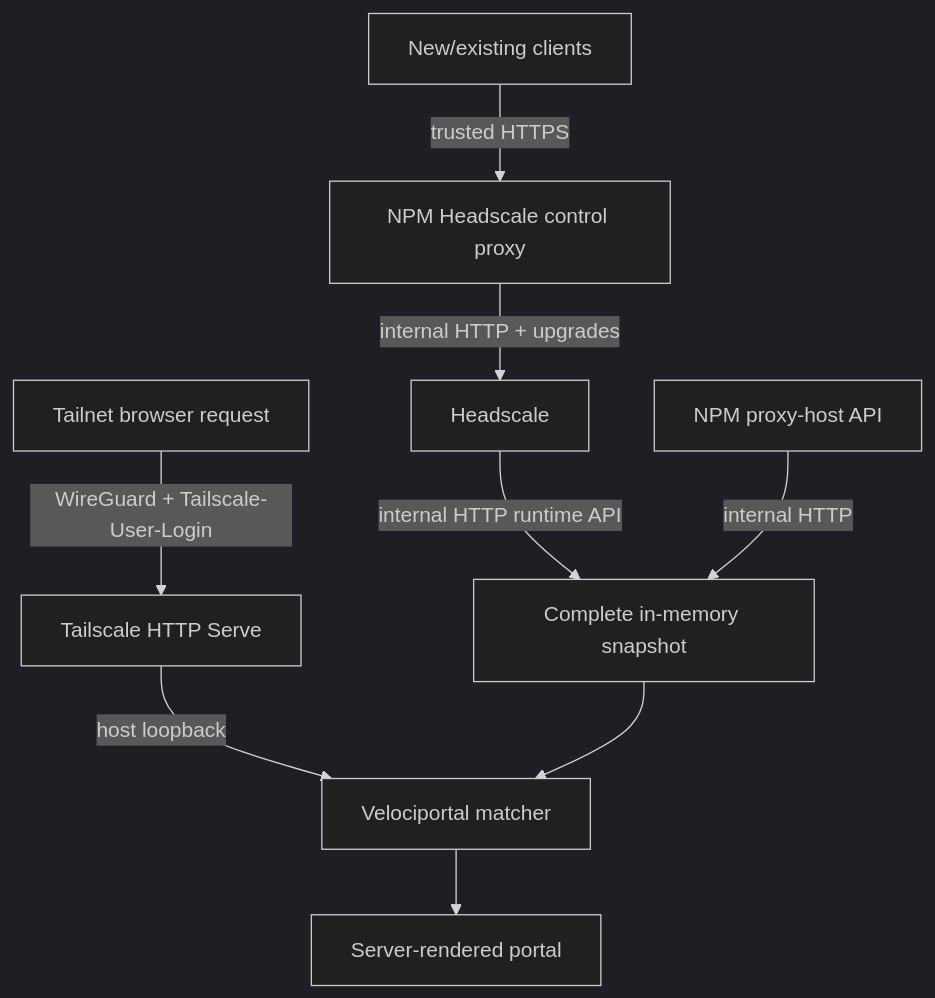
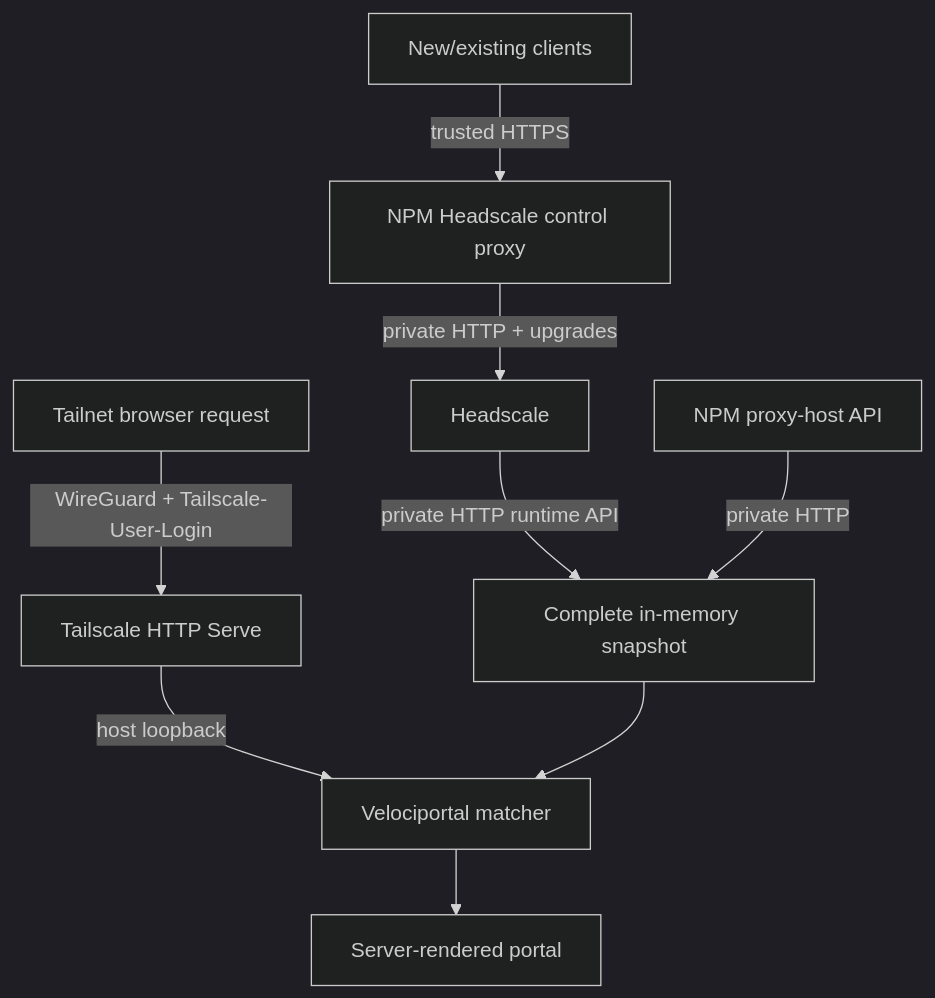
One commit to cybersader/velociportal changed the diagram in CLAUDE.md. Above: the diagram before and after it, drawn with Mermaid (dark theme). The commit also changed other lines of this file and 19 other files, not shown here.

````diff
--- a/CLAUDE.md
+++ b/CLAUDE.md
@@ -51,11 +51,11 @@
 ```mermaid
 flowchart TD
     Client["New/existing clients"] -->|"trusted HTTPS"| NPMControl["NPM Headscale control proxy"]
-    NPMControl -->|"internal HTTP + upgrades"| HS["Headscale"]
-    HS -->|"internal HTTP runtime API"| Cache["Complete in-memory snapshot"]
-    NPM["NPM proxy-host API"] -->|"internal HTTP"| Cache
+    NPMControl -->|"private HTTP + upgrades"| HS["Headscale"]
+    HS -->|"private HTTP runtime API"| Cache["Complete in-memory snapshot"]
+    NPM["NPM proxy-host API"] -->|"private HTTP"| Cache
     Req["Tailnet browser request"] -->|"WireGuard + Tailscale-User-Login"| Serve["Tailscale HTTP Serve"]
     Serve -->|"host loopback"| Match["Velociportal matcher"]
     Cache --> Match
     Match --> Portal["Server-rendered portal"]
 ```
````
